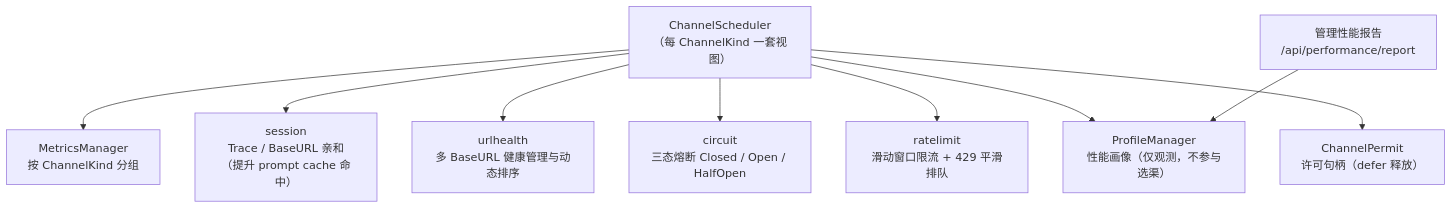
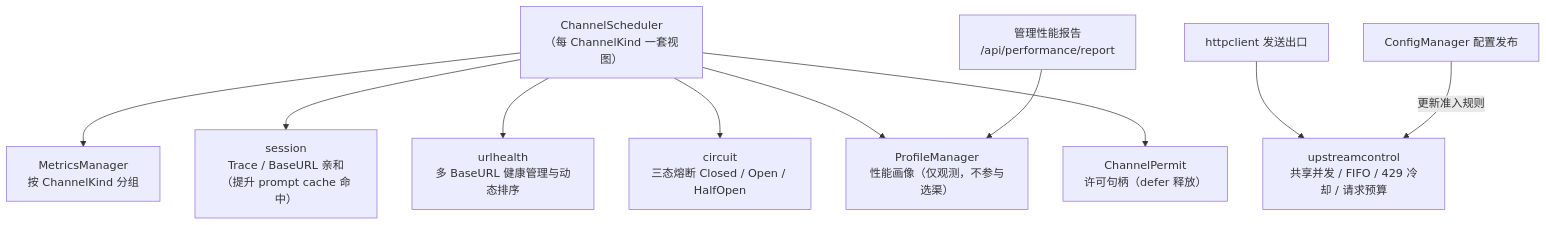
One commit to insistanan/api-proxy changed the third of 5 diagrams in docs/架构说明.md. Above: the diagram before and after it, drawn with Mermaid. The commit also changed other lines of this file and 46 other files, not shown here.

````diff
--- a/docs/架构说明.md
+++ b/docs/架构说明.md
@@ -85,11 +88,12 @@
 ```mermaid
 flowchart TD
     SCHED["ChannelScheduler<br/>（每 ChannelKind 一套视图）"] --> METRICS["MetricsManager<br/>按 ChannelKind 分组"]
     SCHED --> SESSION["session<br/>Trace / BaseURL 亲和<br/>（提升 prompt cache 命中）"]
     SCHED --> URLH["urlhealth<br/>多 BaseURL 健康管理与动态排序"]
     SCHED --> CIRCUIT["circuit<br/>三态熔断 Closed / Open / HalfOpen"]
-    SCHED --> RATE["ratelimit<br/>滑动窗口限流 + 429 平滑排队"]
     SCHED --> PROFILE["ProfileManager<br/>性能画像（仅观测，不参与选渠）"]
     REPORT["管理性能报告<br/>/api/performance/report"] --> PROFILE
     SCHED --> PERMIT["ChannelPermit<br/>许可句柄（defer 释放）"]
+    SEND["httpclient 发送出口"] --> ADMIT["upstreamcontrol<br/>共享并发 / FIFO / 429 冷却 / 请求预算"]
+    CONFIG["ConfigManager 配置发布"] -->|"更新准入规则"| ADMIT
 ```
````
